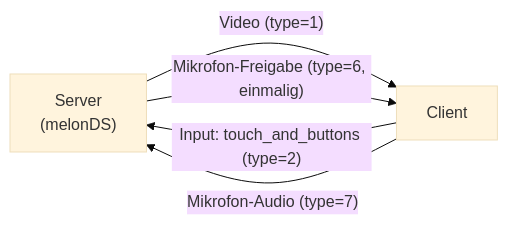
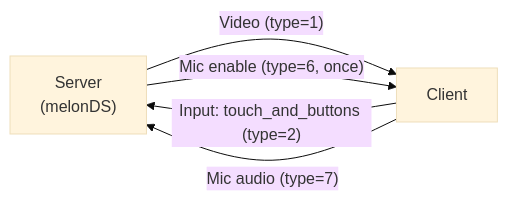
One commit to alwe2710/Unison changed the third of 4 diagrams in docs/protocol.md. Above: the diagram before and after it, drawn with Mermaid (base theme). The commit also changed other lines of this file and 9 other files, not shown here.

````diff
--- a/docs/protocol.md
+++ b/docs/protocol.md
@@ -173,7 +158,7 @@
 ```mermaid
 flowchart LR
     S["Server<br/>(melonDS)"] -- "Video (type=1)" --> C[Client]
-    S -- "Mikrofon-Freigabe (type=6, einmalig)" --> C
+    S -- "Mic enable (type=6, once)" --> C
     C -- "Input: touch_and_buttons (type=2)" --> S
-    C -- "Mikrofon-Audio (type=7)" --> S
+    C -- "Mic audio (type=7)" --> S
 ```
````
